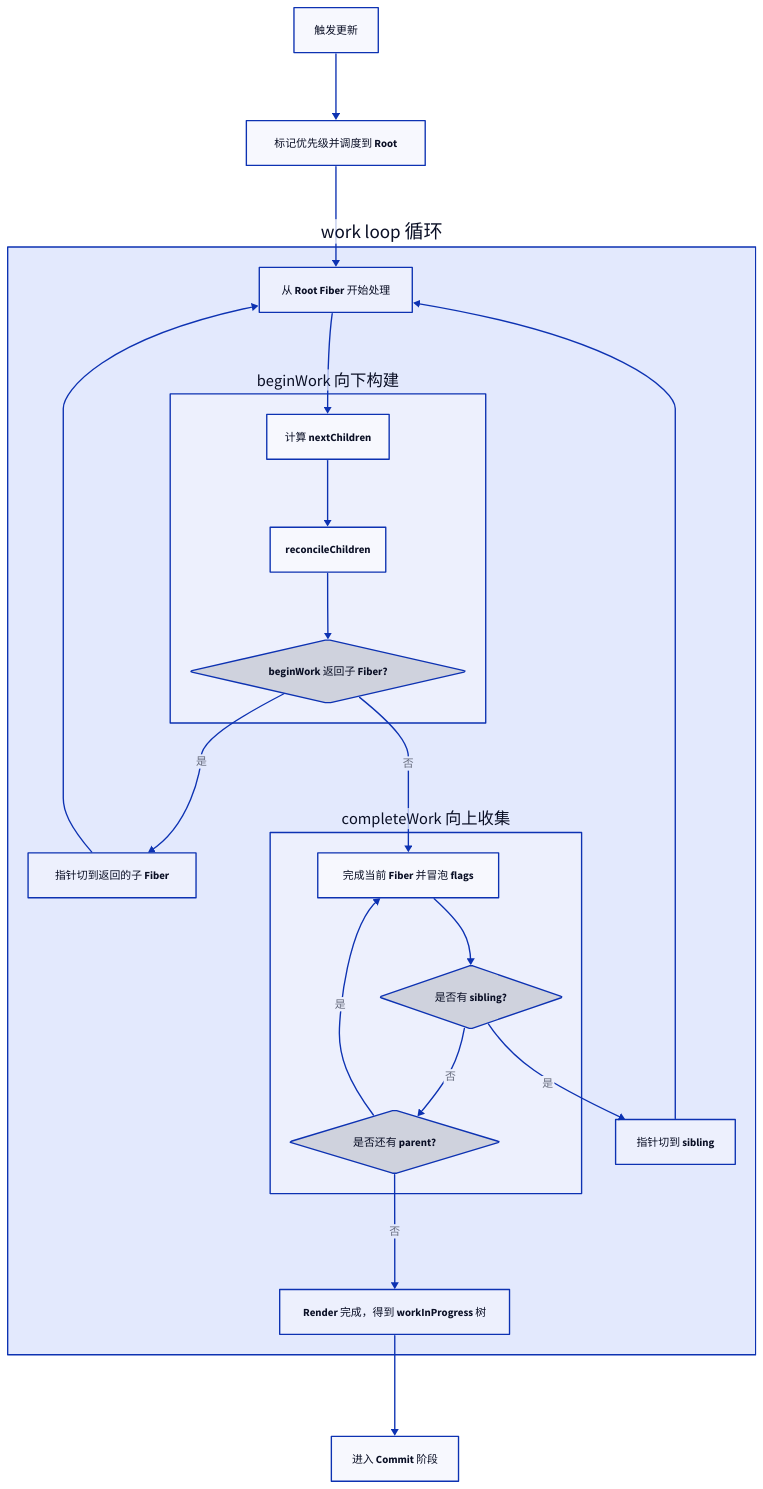
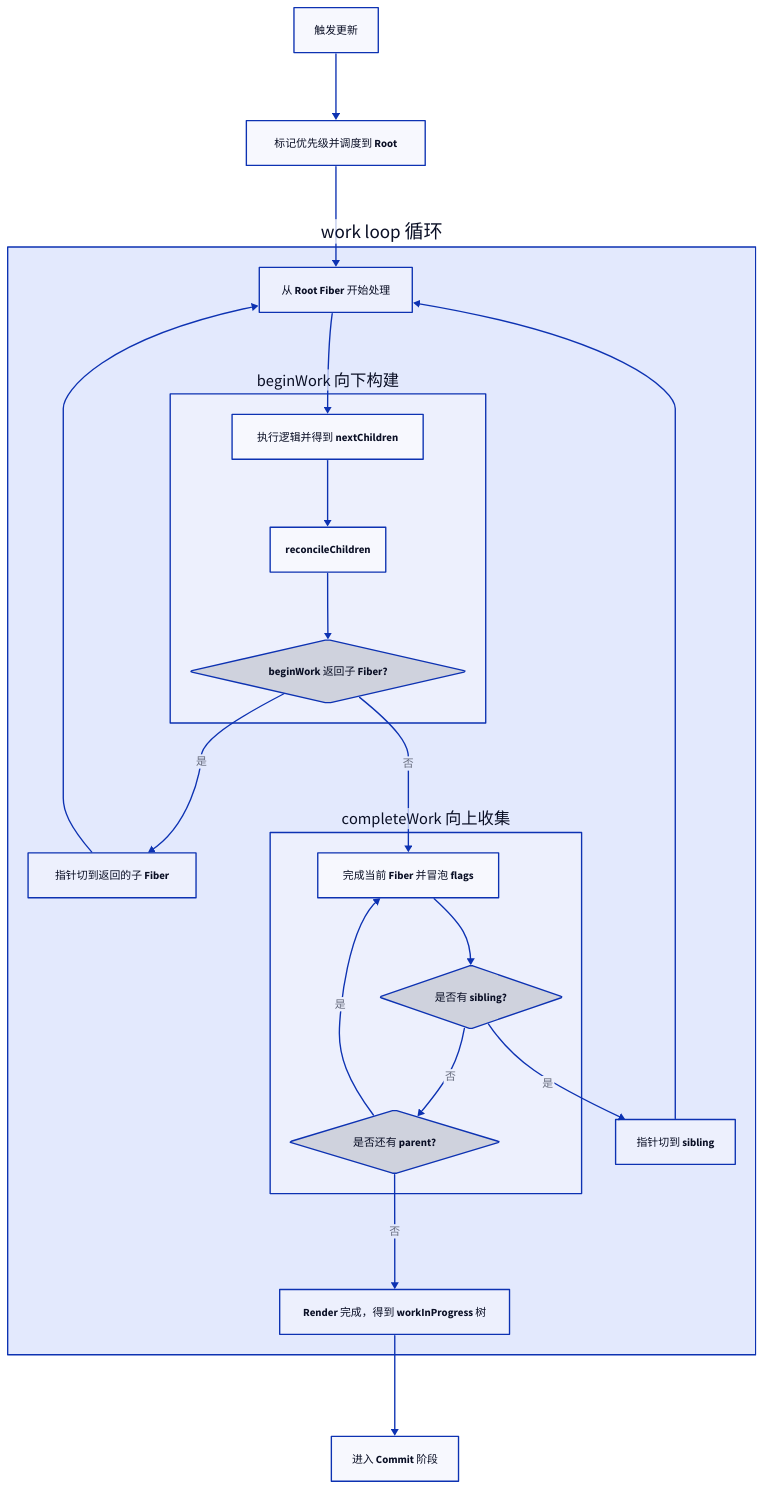
The first of 2 diagrams in apps/docs/experiences/React/渲染机制.md (youngluo/thinking), drawn with D2 before and after one commit. The commit also changed other lines of this file and 4 other files, not shown here.

Commit message:
docs(architecture): add refactoring change-radius guide

````diff
--- a/apps/docs/experiences/React/渲染机制.md
+++ b/apps/docs/experiences/React/渲染机制.md
@@ -25,57 +25,57 @@
 ```d2 maxHeight=700
 direction: down
 
 trigger: 触发更新
 schedule: 标记优先级并调度到 Root
 
 workLoop: work loop 循环 {
   class: group
 
   root: 从 Root Fiber 开始处理
 
   begin: beginWork 向下构建 {
     class: subgroup
 
-    children: 计算 nextChildren
+    children: 执行逻辑并得到 nextChildren
     reconcile: reconcileChildren
     next: beginWork 返回子 Fiber? {
       shape: diamond
       class: decision
     }
   }
 
   child: 指针切到返回的子 Fiber
 
   complete: completeWork 向上收集 {
     class: subgroup
 
     node: 完成当前 Fiber 并冒泡 flags
     sibling: 是否有 sibling? {
       shape: diamond
       class: decision
     }
     parent: 是否还有 parent? {
       shape: diamond
       class: decision
     }
   }
 
   nextSibling: 指针切到 sibling
   done: Render 完成，得到 workInProgress 树
 }
 
 commit: 进入 Commit 阶段
 
 trigger -> schedule -> workLoop.root
 workLoop.root -> workLoop.begin.children -> workLoop.begin.reconcile -> workLoop.begin.next
 workLoop.begin.next -> workLoop.child: 是
 workLoop.child -> workLoop.root
 workLoop.begin.next -> workLoop.complete.node: 否
 workLoop.complete.node -> workLoop.complete.sibling
 workLoop.complete.sibling -> workLoop.nextSibling: 是
 workLoop.nextSibling -> workLoop.root
 workLoop.complete.sibling -> workLoop.complete.parent: 否
 workLoop.complete.parent -> workLoop.complete.node: 是
 workLoop.complete.parent -> workLoop.done: 否
 workLoop.done -> commit
 ```
````
